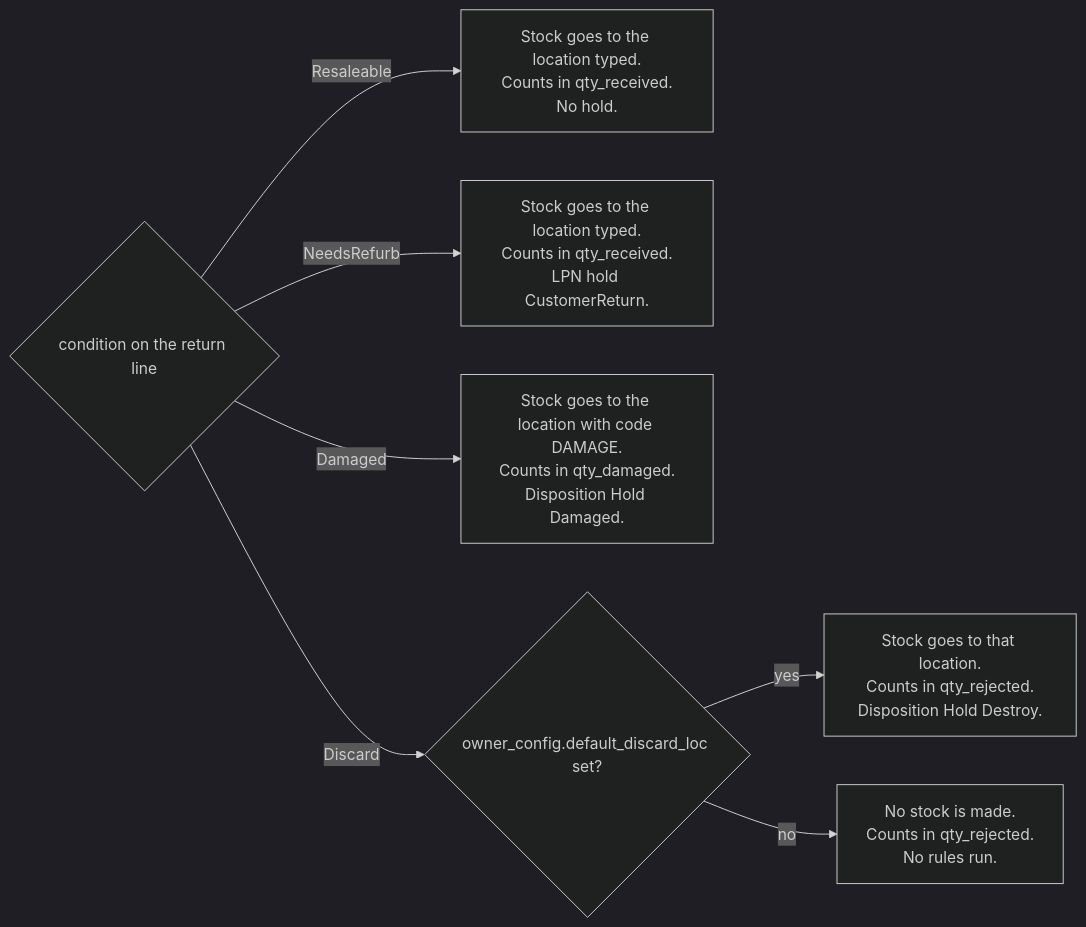
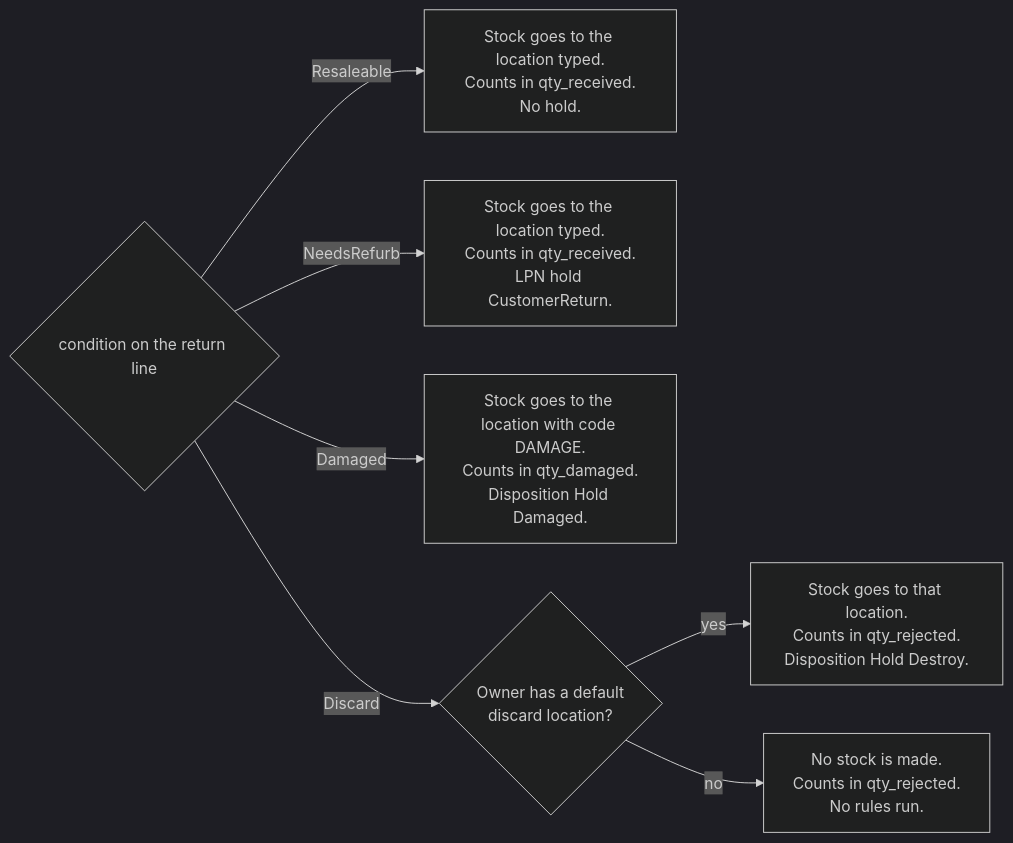
The third of 3 diagrams in docs-obsidian/user-guide/diagrams/inbound/12-receive-blind-and-return.md (msmurygin/quark-docs), drawn with Mermaid (dark theme) before and after one commit. The commit also changed other lines of this file and 13 other files, not shown here.

````diff
--- a/docs-obsidian/user-guide/diagrams/inbound/12-receive-blind-and-return.md
+++ b/docs-obsidian/user-guide/diagrams/inbound/12-receive-blind-and-return.md
@@ -74,9 +74,9 @@
 ```mermaid
 flowchart LR
     C{"condition on the return line"} -- Resaleable --> A1["Stock goes to the location typed.<br/>Counts in qty_received.<br/>No hold."]
     C -- NeedsRefurb --> A2["Stock goes to the location typed.<br/>Counts in qty_received.<br/>LPN hold CustomerReturn."]
     C -- Damaged --> A3["Stock goes to the location with code DAMAGE.<br/>Counts in qty_damaged.<br/>Disposition Hold Damaged."]
-    C -- Discard --> D{"owner_config.default_discard_loc set?"}
+    C -- Discard --> D{"Owner has a default<br/>discard location?"}
     D -- yes --> A4["Stock goes to that location.<br/>Counts in qty_rejected.<br/>Disposition Hold Destroy."]
     D -- no --> A5["No stock is made.<br/>Counts in qty_rejected.<br/>No rules run."]
 ```
````
